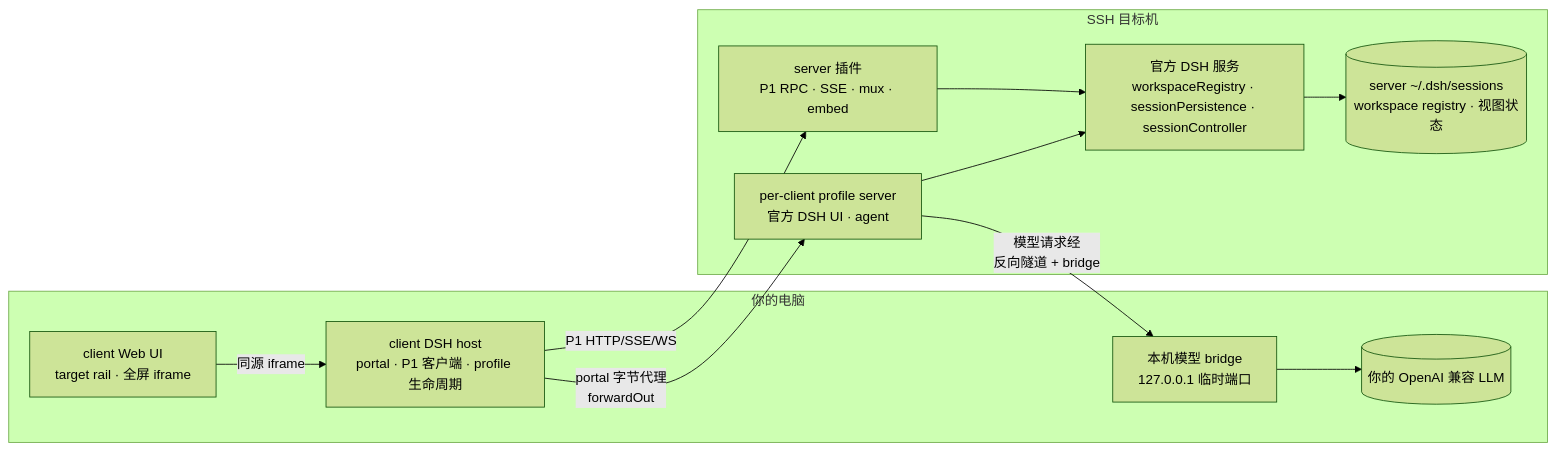
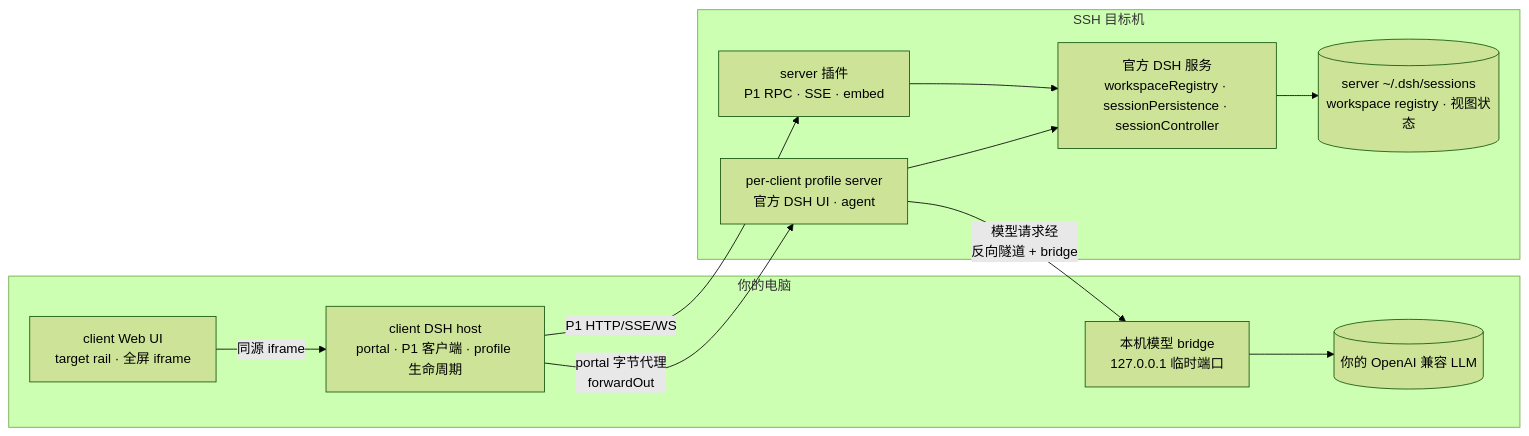
Before and after one commit to graydovee/dsh-remote-window: the diagram in README-zh.md, drawn with Mermaid (forest theme). The commit also changed other lines of this file and 140 other files, not shown here.

````diff
--- a/README-zh.md
+++ b/README-zh.md
@@ -74,22 +74,22 @@
 ```mermaid
 flowchart LR
   subgraph client [你的电脑]
     UI[client Web UI<br/>target rail · 全屏 iframe]
     CHOST[client DSH host<br/>portal · P1 客户端 · profile 生命周期]
     LOCAL[本机模型 bridge<br/>127.0.0.1 临时端口]
     LLM[(你的 OpenAI 兼容 LLM)]
   end
   subgraph server [SSH 目标机]
     PROF[per-client profile server<br/>官方 DSH UI · agent]
-    PLUG[server 插件<br/>P1 RPC · SSE · mux · embed]
+    PLUG[server 插件<br/>P1 RPC · SSE · embed]
     OFF[官方 DSH 服务<br/>workspaceRegistry · sessionPersistence · sessionController]
     LOG[(server ~/.dsh/sessions<br/>workspace registry · 视图状态)]
   end
   UI -->|同源 iframe| CHOST
   CHOST -->|portal 字节代理<br/>forwardOut| PROF
   CHOST -->|P1 HTTP/SSE/WS| PLUG
   PROF -->|模型请求经<br/>反向隧道 + bridge| LOCAL
   LOCAL --> LLM
   PLUG --> OFF --> LOG
   PROF --> OFF
 ```
````
